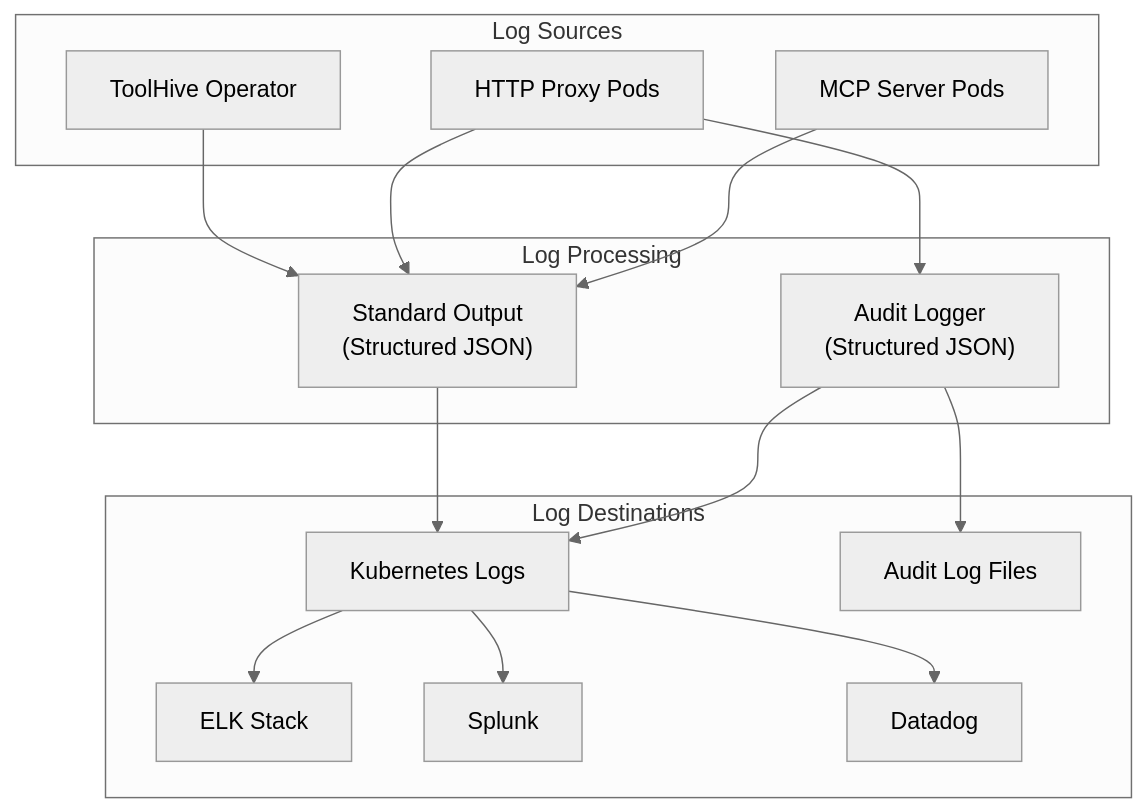
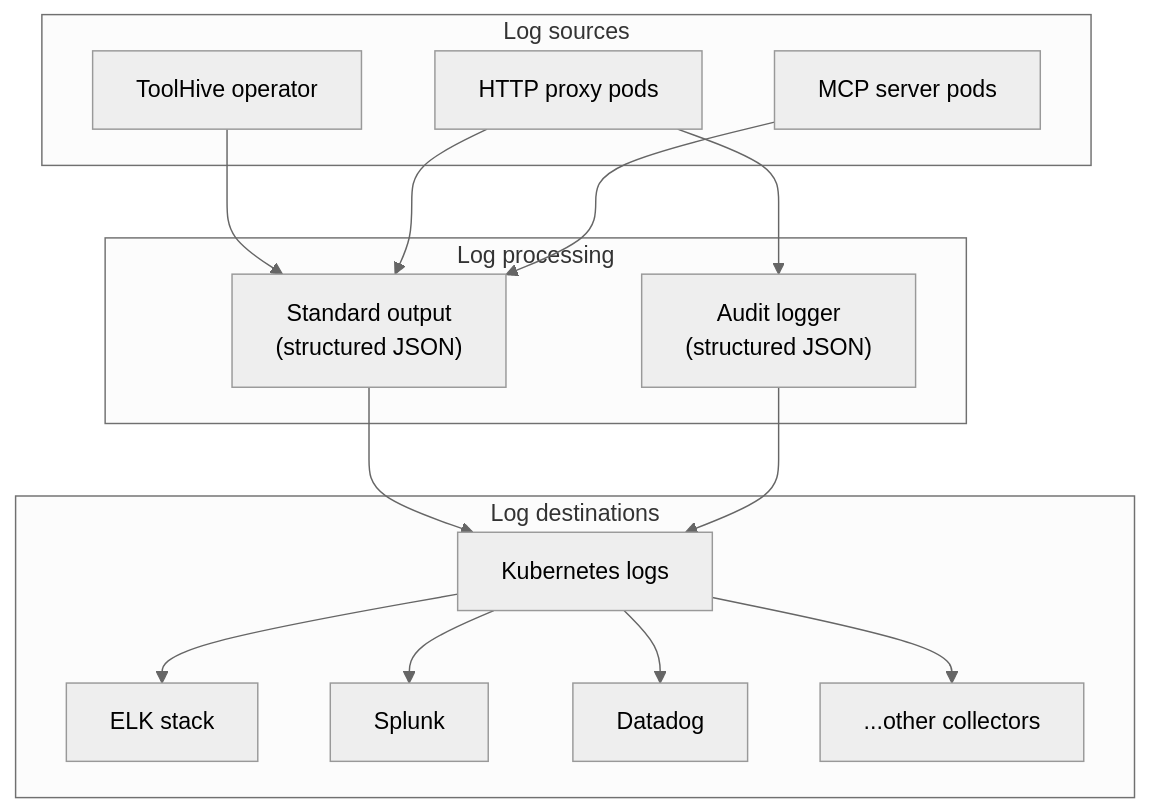
The diagram in docs/toolhive/guides-k8s/logging.mdx (stacklok/docs-website), drawn with Mermaid (neutral theme) before and after one commit. The commit also changed other lines of this file and 1 other file, not shown here.

````diff
--- a/docs/toolhive/guides-k8s/logging.mdx
+++ b/docs/toolhive/guides-k8s/logging.mdx
@@ -20,30 +20,30 @@
 ```mermaid
 flowchart TB
-  subgraph Sources["Log Sources"]
-    Op["ToolHive Operator"]
-    Proxy["HTTP Proxy Pods"]
-    MCP["MCP Server Pods"]
+  subgraph Sources["Log sources"]
+    Op["ToolHive operator"]
+    Proxy["HTTP proxy pods"]
+    MCP["MCP server pods"]
   end
 
-  subgraph Processing["Log Processing"]
-    Stdout["Standard Output<br>(Structured JSON)"]
-    Audit["Audit Logger<br>(Structured JSON)"]
+  subgraph Processing["Log processing"]
+    Stdout["Standard output<br>(structured JSON)"]
+    Audit["Audit logger<br>(structured JSON)"]
   end
 
-  subgraph Destinations["Log Destinations"]
-    K8s["Kubernetes Logs"]
-    File["Audit Log Files"]
-    ELK["ELK Stack"]
+  subgraph Destinations["Log destinations"]
+    K8s["Kubernetes logs"]
+    ELK["ELK stack"]
     Splunk["Splunk"]
     Datadog["Datadog"]
+    Etc["...other collectors"]
   end
 
   Op --> Stdout
   Proxy --> Stdout & Audit
   MCP --> Stdout
 
   Stdout --> K8s
-  Audit --> File & K8s
+  Audit --> K8s
 
-  K8s --> ELK & Splunk & Datadog
+  K8s --> ELK & Splunk & Datadog & Etc
 ```
````
